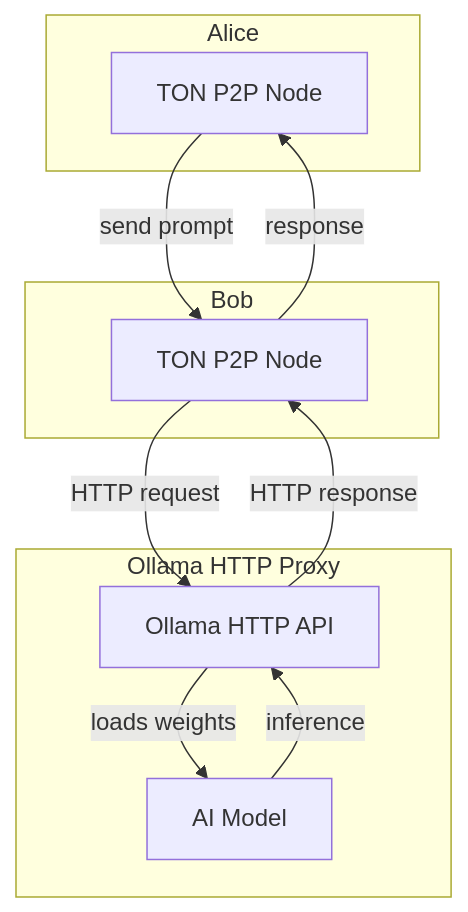
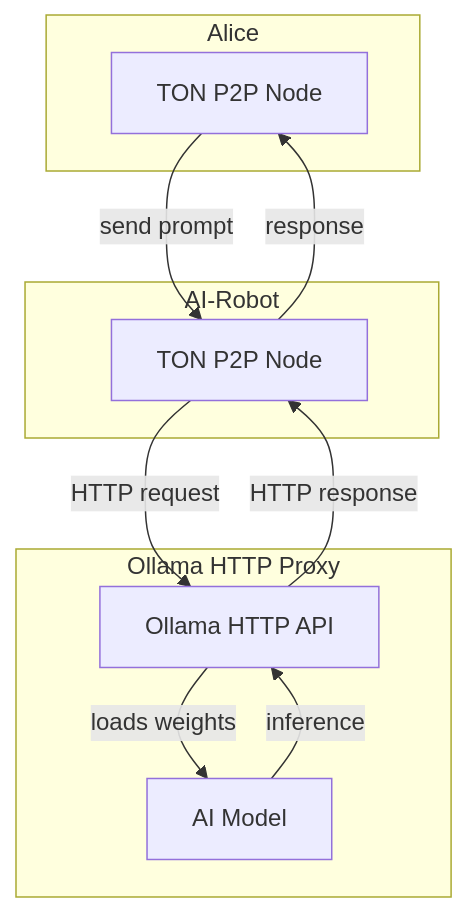
One commit to systemdesigndao/sddao-v1-builds-public changed the first of 2 diagrams in README.md. Above: the diagram before and after it, drawn with Mermaid. The commit also changed other lines of this file, not shown here.

````diff
--- a/README.md
+++ b/README.md
@@ -28,22 +28,22 @@
 ```mermaid
 flowchart TD
     subgraph UserSide["Alice"]
         U[TON P2P Node]
     end
 
-    subgraph TONSide["Bob"]
+    subgraph TONSide["AI-Robot"]
         TON_B[TON P2P Node]
     end
 
     subgraph OllamaSide["Ollama HTTP Proxy"]
         OllamaHTTP[Ollama HTTP API]
         ModelO[AI Model]
     end
 
     U -->|send prompt| TON_B
     TON_B -->|HTTP request| OllamaHTTP
     OllamaHTTP -->|loads weights| ModelO
     ModelO -->|inference| OllamaHTTP
     OllamaHTTP -->|HTTP response| TON_B
     TON_B -->|response| U
 ```
````
